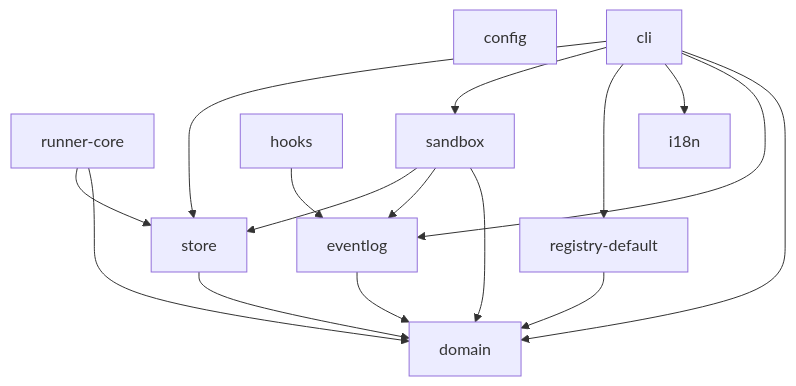
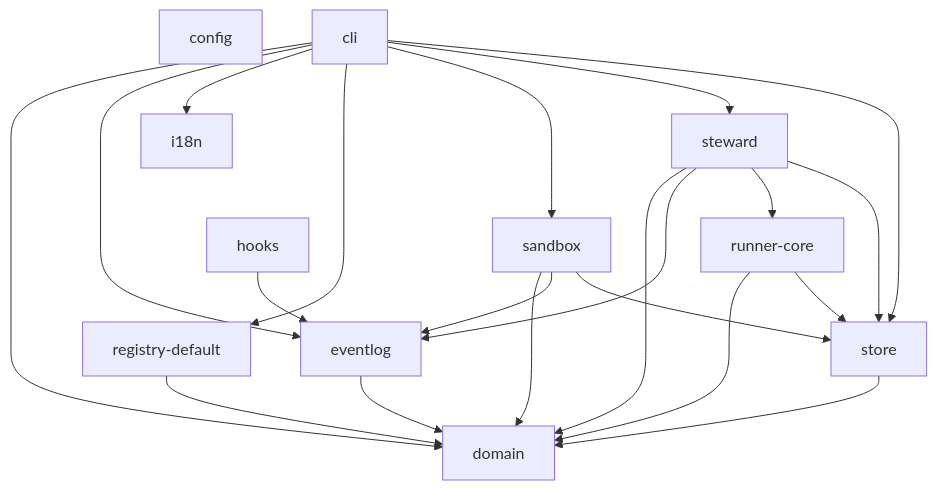
One commit to thap-nv/the-world-of-elvaria changed the diagram in docs/dependency-graph.md. Above: the diagram before and after it, drawn with Mermaid. The commit also changed other lines of this file and 70 other files, not shown here.

````diff
--- a/docs/dependency-graph.md
+++ b/docs/dependency-graph.md
@@ -7,28 +7,34 @@
 ```mermaid
 flowchart TD
   config["config"]
   domain["domain"]
   store["store"]
   registry_default["registry-default"]
   runner_core["runner-core"]
+  steward["steward"]
   sandbox["sandbox"]
   eventlog["eventlog"]
   hooks["hooks"]
   i18n["i18n"]
   cli["cli"]
   store --> domain
   registry_default --> domain
   runner_core --> domain
   runner_core --> store
+  steward --> domain
+  steward --> eventlog
+  steward --> runner_core
+  steward --> store
   sandbox --> domain
   sandbox --> eventlog
   sandbox --> store
   eventlog --> domain
   hooks --> eventlog
   cli --> domain
   cli --> eventlog
   cli --> i18n
   cli --> registry_default
   cli --> sandbox
+  cli --> steward
   cli --> store
 ```
````
